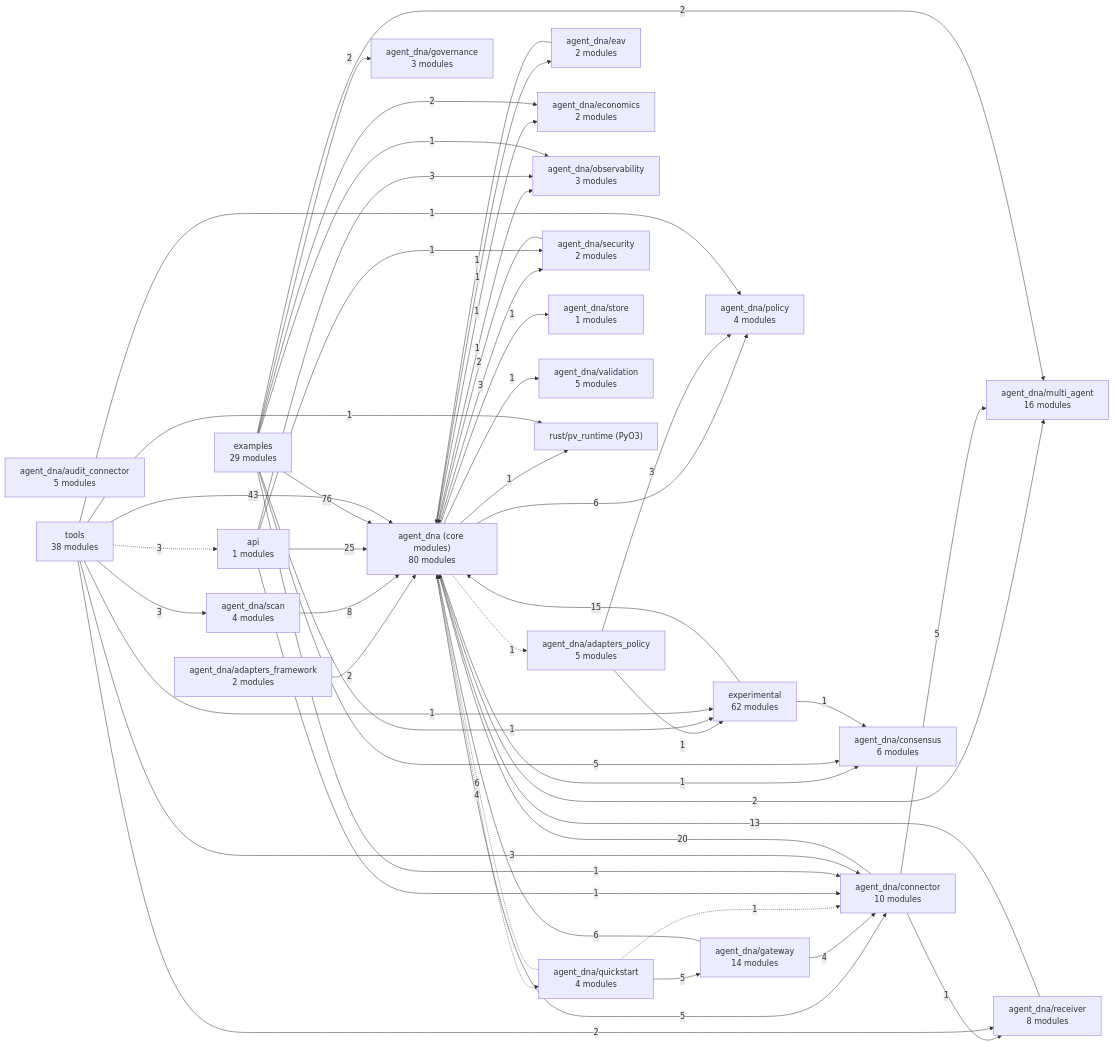
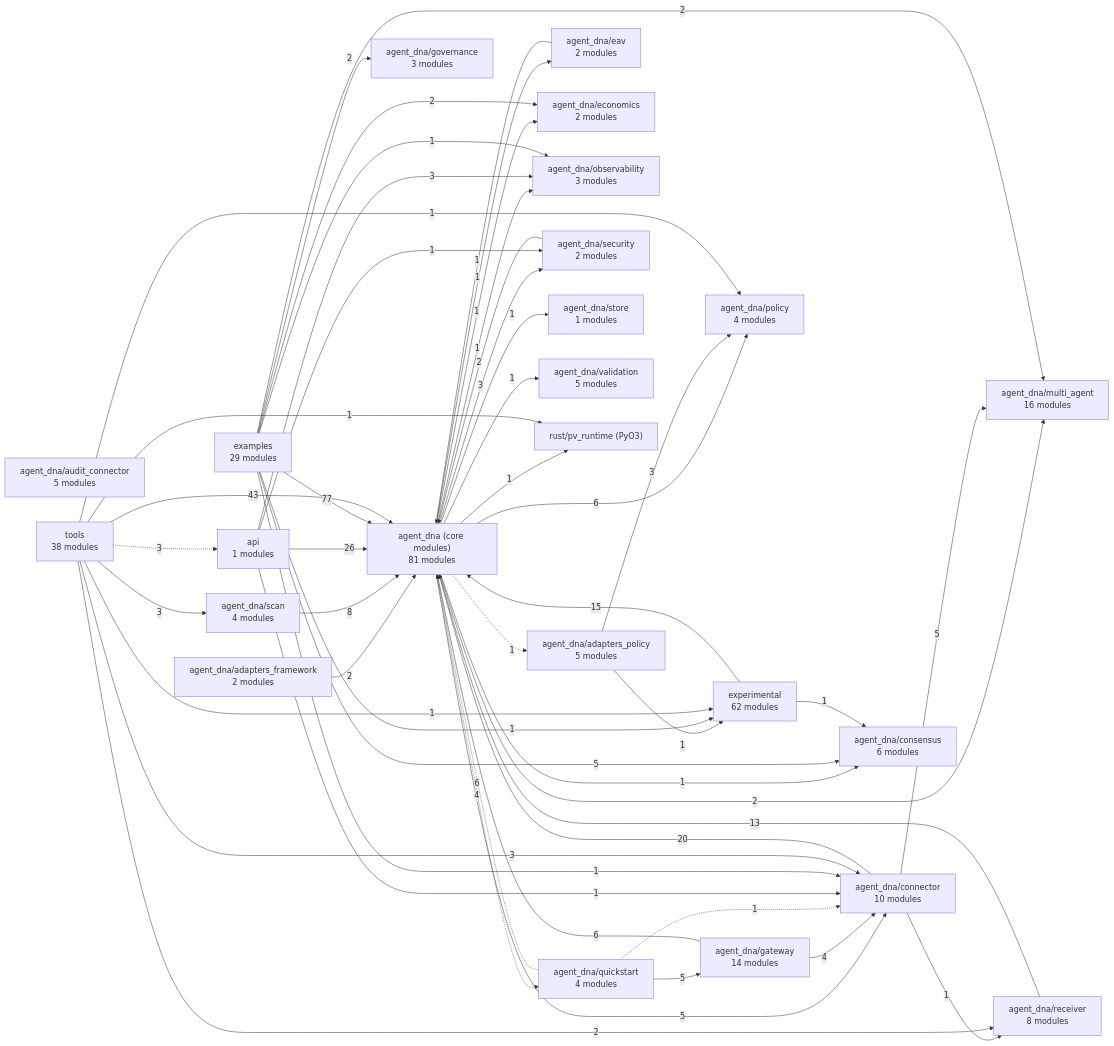
The diagram in docs/architecture/MAP.md (LOLA0786/privatevault-agent-dna), drawn with Mermaid before and after one commit. The commit also changed other lines of this file and 35 other files, not shown here.

````diff
--- a/docs/architecture/MAP.md
+++ b/docs/architecture/MAP.md
@@ -7,77 +7,77 @@
 ```mermaid
 flowchart LR
-  n0["agent_dna (core modules)<br/>80 modules"]
+  n0["agent_dna (core modules)<br/>81 modules"]
   n1["agent_dna/adapters_framework<br/>2 modules"]
   n2["agent_dna/adapters_policy<br/>5 modules"]
   n3["agent_dna/audit_connector<br/>5 modules"]
   n4["agent_dna/connector<br/>10 modules"]
   n5["agent_dna/consensus<br/>6 modules"]
   n6["agent_dna/eav<br/>2 modules"]
   n7["agent_dna/economics<br/>2 modules"]
   n8["agent_dna/gateway<br/>14 modules"]
   n9["agent_dna/governance<br/>3 modules"]
   n10["agent_dna/multi_agent<br/>16 modules"]
   n11["agent_dna/observability<br/>3 modules"]
   n12["agent_dna/policy<br/>4 modules"]
   n13["agent_dna/quickstart<br/>4 modules"]
   n14["agent_dna/receiver<br/>8 modules"]
   n15["agent_dna/scan<br/>4 modules"]
   n16["agent_dna/security<br/>2 modules"]
   n17["agent_dna/store<br/>1 modules"]
   n18["agent_dna/validation<br/>5 modules"]
   n19["api<br/>1 modules"]
   n20["examples<br/>29 modules"]
   n21["experimental<br/>62 modules"]
   n22["rust/pv_runtime (PyO3)"]
   n23["tools<br/>38 modules"]
   n0 -.->|1| n2
   n0 -->|5| n4
   n0 -->|1| n5
   n0 -->|1| n6
   n0 -->|1| n7
   n0 -->|2| n10
   n0 -->|1| n11
   n0 -->|6| n12
   n0 -.->|4| n13
   n0 -->|3| n16
   n0 -->|1| n17
   n0 -->|1| n18
   n0 -->|1| n22
   n1 -->|2| n0
   n2 -->|3| n12
   n2 -->|1| n21
   n4 -->|20| n0
   n4 -->|5| n10
   n4 -->|1| n14
   n6 -->|1| n0
   n8 -->|6| n0
   n8 -->|4| n4
   n13 -.->|6| n0
   n13 -.->|1| n4
   n13 -->|5| n8
   n14 -->|13| n0
   n15 -->|8| n0
   n16 -->|2| n0
-  n19 -->|25| n0
+  n19 -->|26| n0
   n19 -->|1| n4
   n19 -->|3| n11
   n19 -->|1| n16
-  n20 -->|76| n0
+  n20 -->|77| n0
   n20 -->|1| n4
   n20 -->|5| n5
   n20 -->|2| n7
   n20 -->|2| n9
   n20 -->|2| n10
   n20 -->|1| n11
   n20 -->|1| n21
   n21 -->|15| n0
   n21 -->|1| n5
   n23 -->|43| n0
   n23 -->|3| n4
   n23 -->|1| n12
   n23 -->|2| n14
   n23 -->|3| n15
   n23 -.->|3| n19
   n23 -->|1| n21
   n23 -->|1| n22
 ```
````
